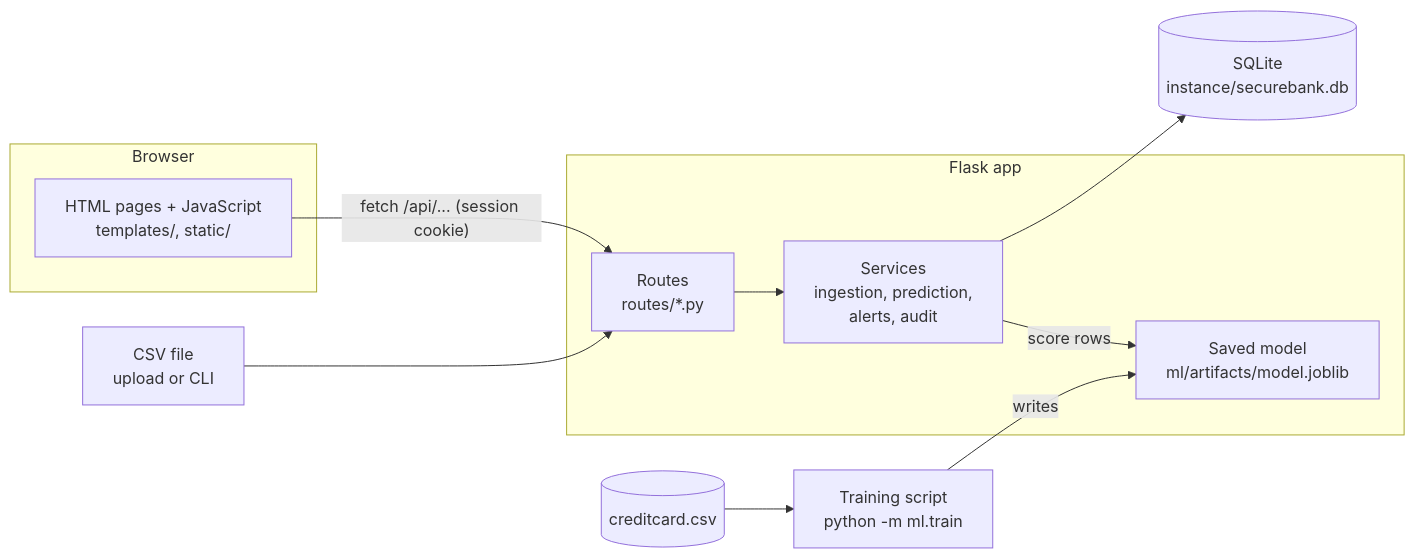
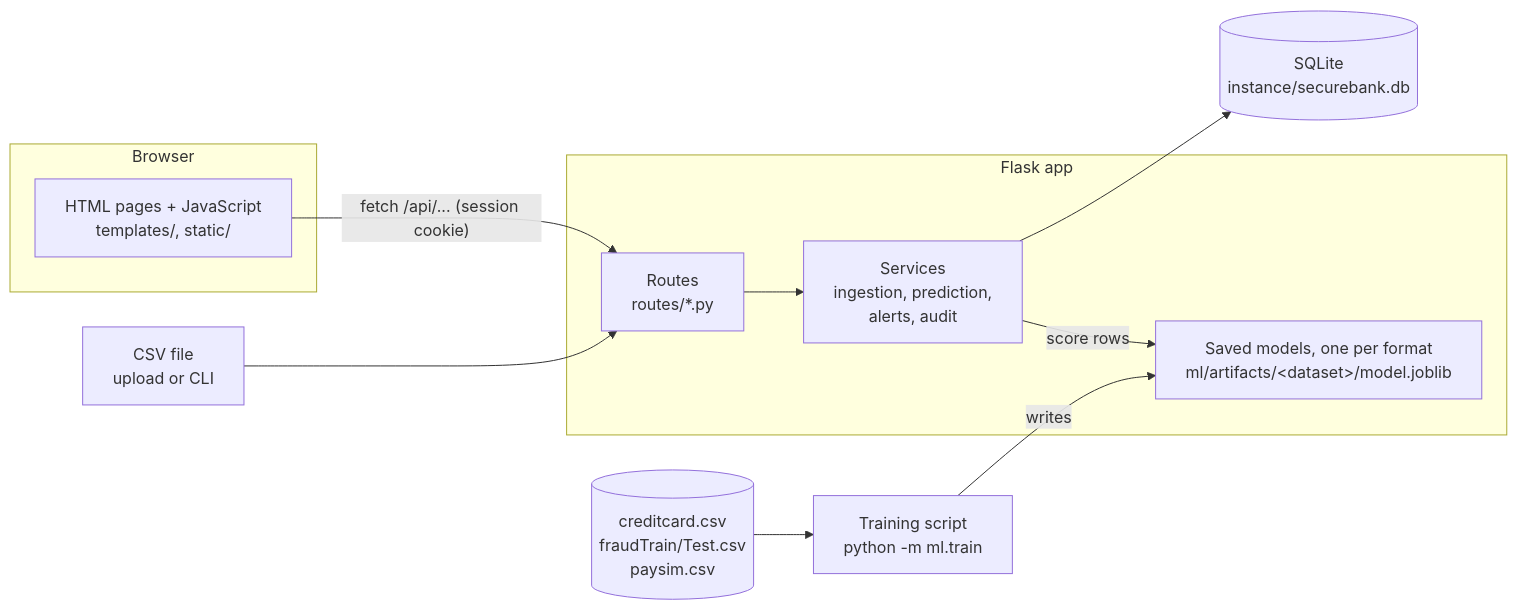
One commit to Im-manojkumar/Secure-Bank changed the first of 3 diagrams in docs/ARCHITECTURE.md. Above: the diagram before and after it, drawn with Mermaid. The commit also changed other lines of this file and 53 other files, not shown here.

````diff
--- a/docs/ARCHITECTURE.md
+++ b/docs/ARCHITECTURE.md
@@ -7,24 +7,24 @@
 ```mermaid
 flowchart LR
     subgraph Browser
         P[HTML pages + JavaScript<br/>templates/, static/]
     end
 
     subgraph Flask app
         R[Routes<br/>routes/*.py]
         S[Services<br/>ingestion, prediction,<br/>alerts, audit]
-        M[Saved model<br/>ml/artifacts/model.joblib]
+        M[Saved models, one per format<br/>ml/artifacts/&lt;dataset&gt;/model.joblib]
     end
 
     D[(SQLite<br/>instance/securebank.db)]
     CSV[CSV file<br/>upload or CLI]
     T[Training script<br/>python -m ml.train]
-    K[(creditcard.csv)]
+    K[(creditcard.csv<br/>fraudTrain/Test.csv<br/>paysim.csv)]
 
     P -- "fetch /api/... (session cookie)" --> R
     R --> S
     S --> D
     S -- score rows --> M
     CSV --> R
     K --> T -- writes --> M
 ```
````
